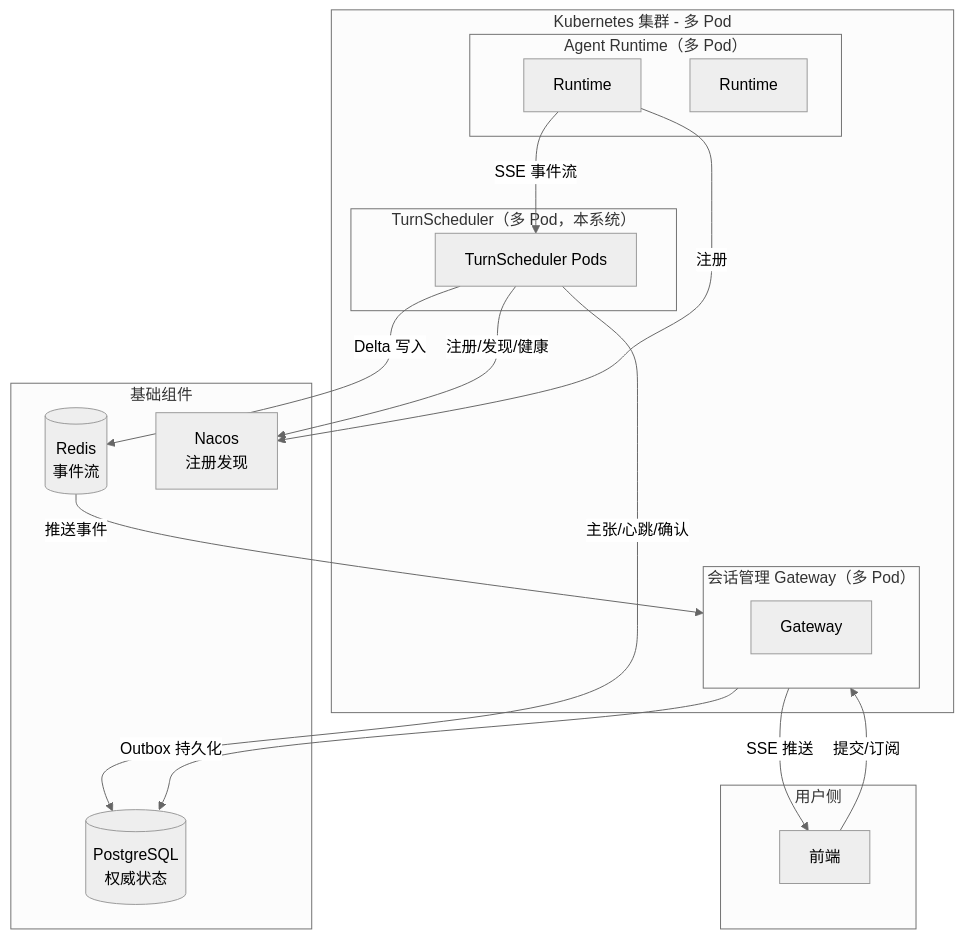
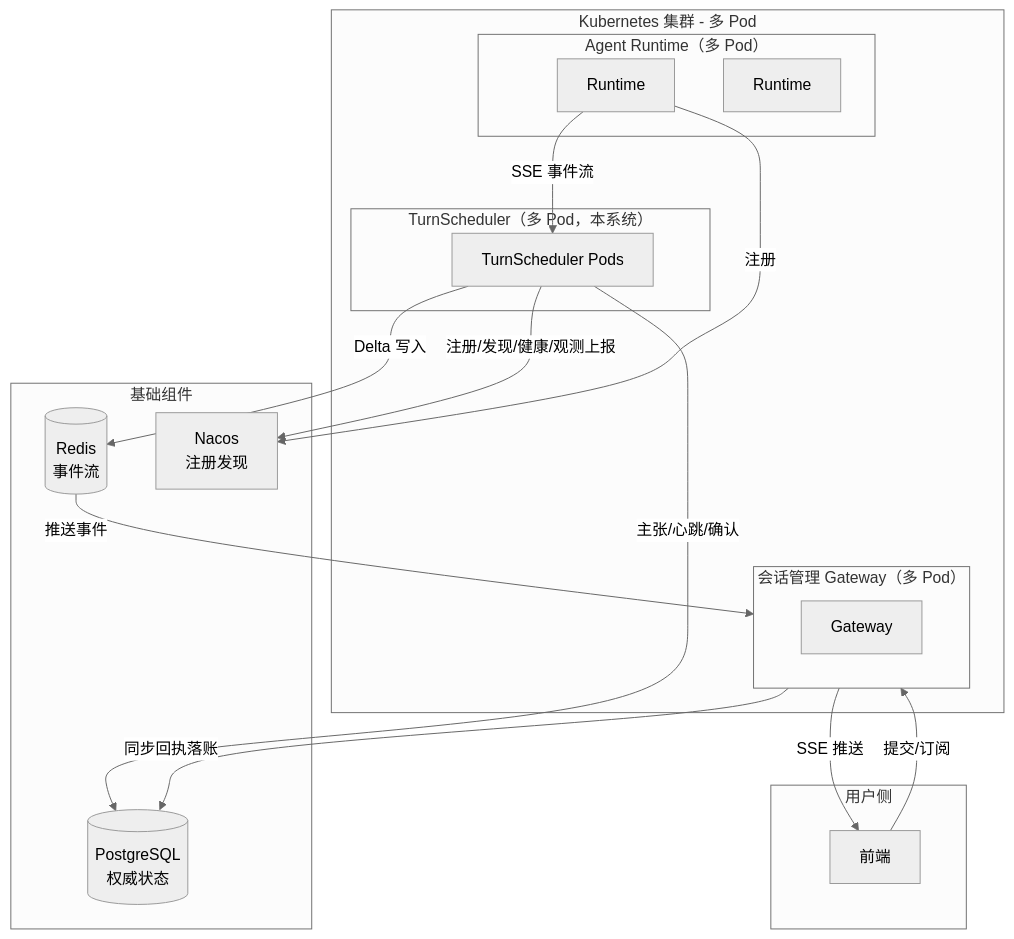
One commit to JamesLi-NLP/AgentGateway changed the second of 7 diagrams in design/turn-scheduler-hld.md. Above: the diagram before and after it, drawn with Mermaid (neutral theme). The commit also changed other lines of this file and 13 other files, not shown here.

````diff
--- a/design/turn-scheduler-hld.md
+++ b/design/turn-scheduler-hld.md
@@ -162,35 +161,35 @@
 ```mermaid
 flowchart TB
     subgraph Client[用户侧]
         UI[前端]
     end
 
     subgraph K8s[Kubernetes 集群 - 多 Pod]
         subgraph GWP[会话管理 Gateway（多 Pod）]
             GW1[Gateway]
         end
         subgraph TSP[TurnScheduler（多 Pod，本系统）]
             TS1[TurnScheduler Pods]
         end
         subgraph RP[Agent Runtime（多 Pod）]
             RT1[Runtime]
             RT2[Runtime]
         end
     end
 
     subgraph Infra[基础组件]
         PG[(PostgreSQL<br/>权威状态)]
         RD[(Redis<br/>事件流)]
         NC[Nacos<br/>注册发现]
     end
 
     UI --提交/订阅--> GWP
-    GWP --Outbox 持久化--> PG
+    GWP --同步回执落账--> PG
     TS1 --主张/心跳/确认--> PG
     TS1 --Delta 写入--> RD
-    TS1 --注册/发现/健康--> NC
+    TS1 --注册/发现/健康/观测上报--> NC
     RT1 --注册--> NC
     RT1 --SSE 事件流--> TS1
     RD --推送事件--> GWP
     GWP --SSE 推送--> UI
 ```
````
